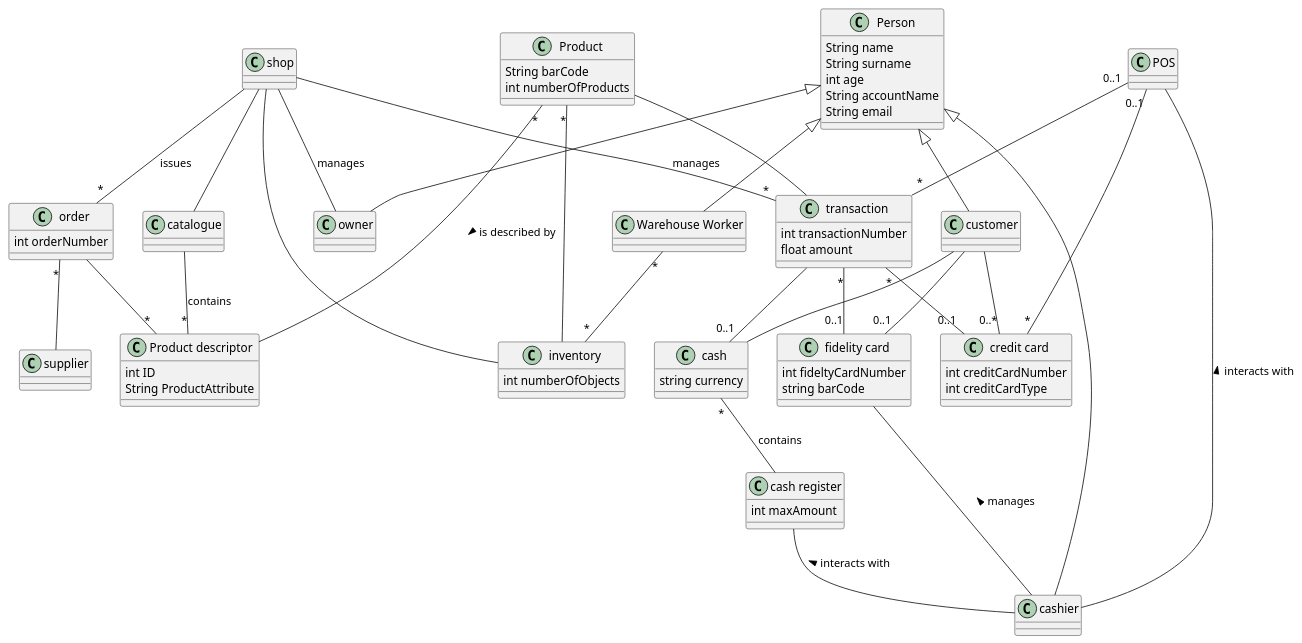
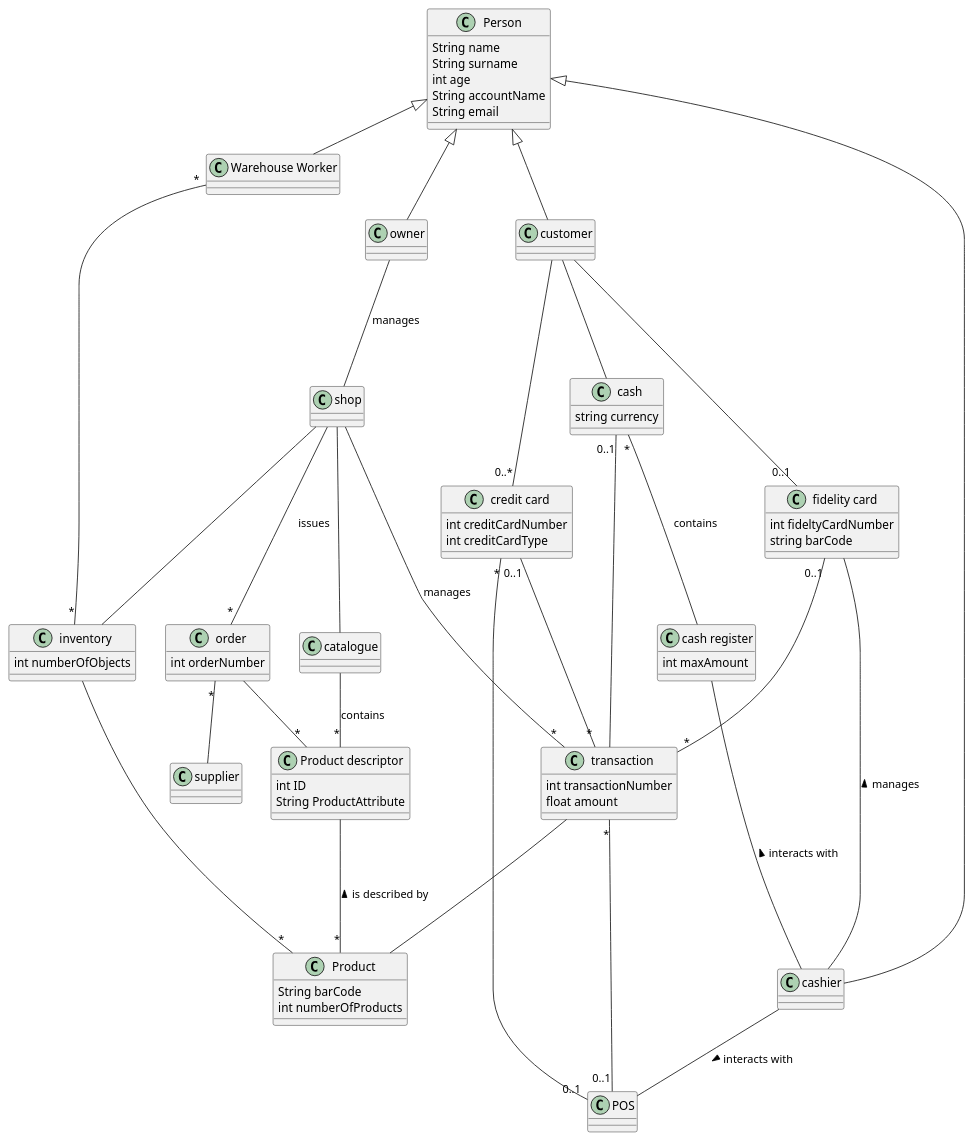
The diagram in Deliverables/glossary.puml (Ralls0/ezshop), drawn with PlantUML before and after one commit.

Commit message:
Modify glossary

```diff
--- a/Deliverables/glossary.puml
+++ b/Deliverables/glossary.puml
@@ -1,116 +1,116 @@
 @startuml
 class order {
     int orderNumber
 }
 
 class supplier {
 }
 
 class catalogue {
 }
 
 class shop {
 }
 
 class Person {
     String name
     String surname
     int age
     String accountName
     String email
 }
 
 class owner {
 }
 
 class "Warehouse Worker" {
 }
 
 class cashier {
 }
 
 class customer {
 }
 
 class Product {
     String barCode
     int numberOfProducts
 }
 
 class "Product descriptor" {
     int ID
     String ProductAttribute
 }
 
 class "cash register" {
     int maxAmount
 }
 
 class inventory {
     int numberOfObjects
 }
 
 class transaction {
     int transactionNumber
     float amount
 }
 
 class "credit card" {
     int creditCardNumber
     int creditCardType
 }
 
 class cash {
     string currency
 }
 
 class "fidelity card" {
     int fideltyCardNumber
     string barCode
 }
 
 class POS {
 }
 
-shop -- inventory
-shop -- catalogue
-shop -- "*" order : issues
-shop -- "*" transaction : "manages"
-shop -- owner : manages 
+shop --- inventory
+shop --- catalogue
+shop --- "*" order : issues
+shop ---- "*" transaction : "manages"
+shop ---up owner : manages 
 
 
 
 catalogue -- "*" "Product descriptor" : contains
 
 order "*" -- supplier
 order -- "*" "Product descriptor"
 
 Person <|-- owner
 Person <|-- cashier
-Person <|-- "Warehouse Worker"
+Person <|- "Warehouse Worker"
 Person <|-- customer
 
 
-customer -- "0..1" "fidelity card"
-customer -- cash
-customer -- "0..*" "credit card"
+customer --- "0..1" "fidelity card"
+customer --- cash
+customer --- "0..*" "credit card"
 
-transaction -- "0..1" cash
-transaction "*" -- "0..1" "credit card"
-transaction "*" -- "0..1" "fidelity card"
+transaction ---up "0..1" cash
+transaction "*" ---up "0..1" "credit card"
+transaction "*" ---up "0..1" "fidelity card"
 
-cash "*" -- "cash register" : contains
+cash "*" --- "cash register" : contains
 
-Product "*" -- "Product descriptor" : is described by >
-Product -- transaction
-Product "*" -- inventory
+Product "*" ---up "Product descriptor" : is described by >
+Product ---up transaction
+Product "*" ---up inventory
 
-"cash register" -- cashier : < interacts with
-"fidelity card" -- cashier : < manages
+"cash register" ---- cashier : < interacts with
+"fidelity card" --- cashier : < manages
 
 "Warehouse Worker" "*" -- "*" inventory
 
-POS -- cashier : < interacts with
-POS "0..1" -- "*" "credit card"
-POS "0..1" -- "*" transaction 
+POS --up cashier : < interacts with
+POS "0..1" --left "*" "credit card"
+POS "0..1" --up "*" transaction 
 @enduml
```
